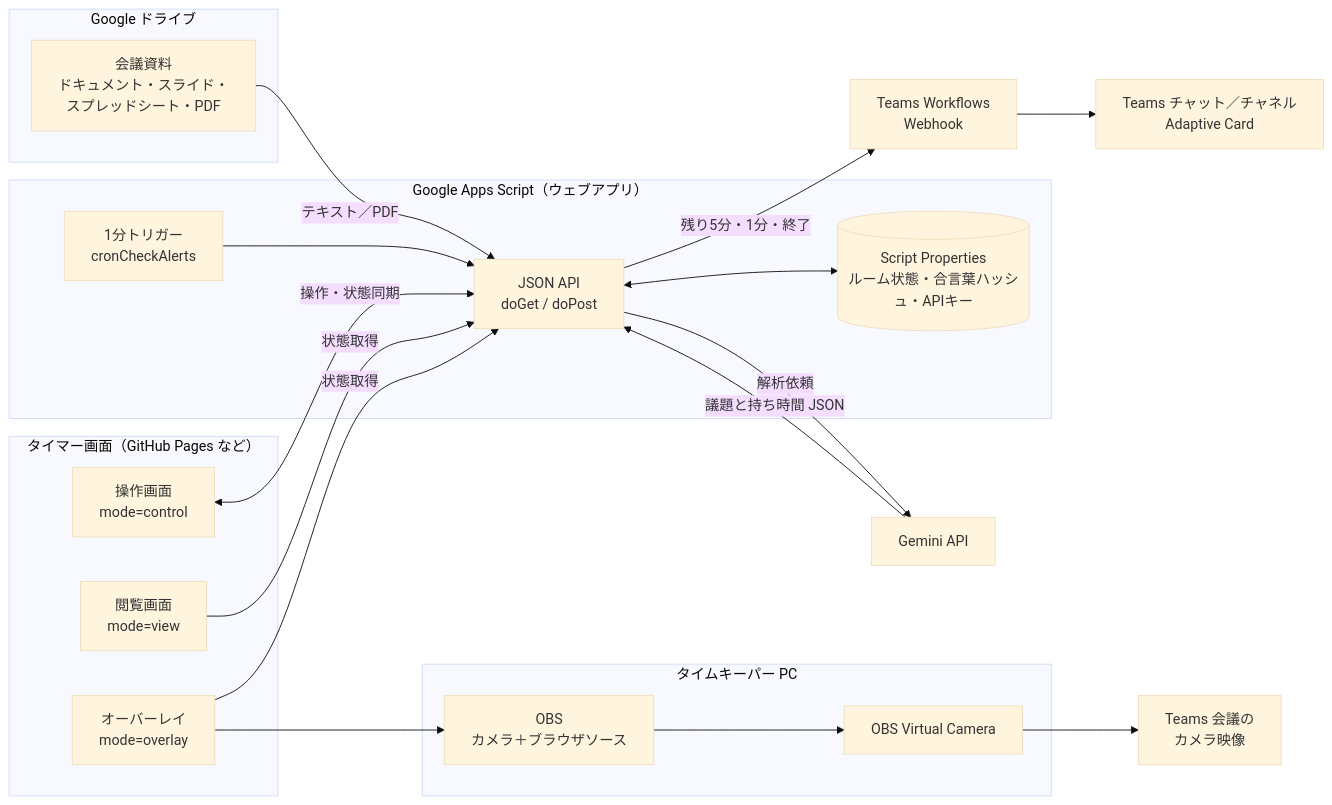
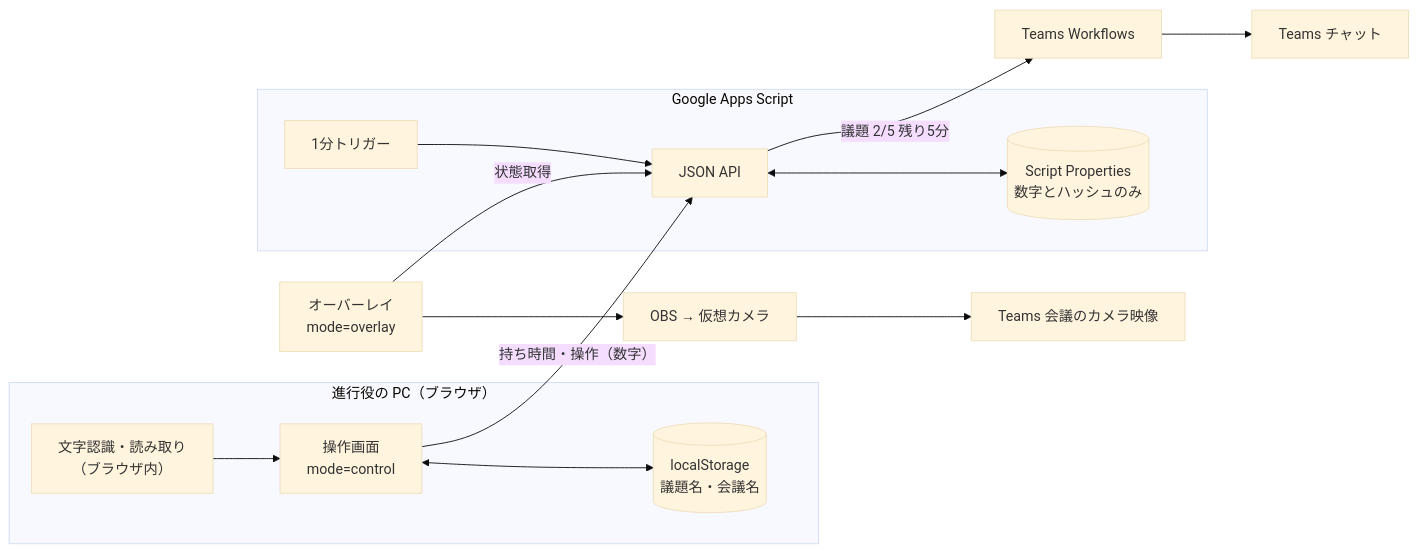
One commit to kenken6291/teams-meeting-timer changed the diagram in README.md. Above: the diagram before and after it, drawn with Mermaid (base theme). The commit also changed other lines of this file and 6 other files, not shown here.

````diff
--- a/README.md
+++ b/README.md
@@ -40,40 +41,27 @@
 ```mermaid
 flowchart LR
-  subgraph GD["Google ドライブ"]
-    DOC["会議資料<br/>ドキュメント・スライド・<br/>スプレッドシート・PDF"]
+  subgraph PC["進行役の PC（ブラウザ）"]
+    CTRL["操作画面<br/>mode=control"]
+    LS[("localStorage<br/>議題名・会議名")]
+    OCR["文字認識・読み取り<br/>（ブラウザ内）"]
   end
+  subgraph GAS["Google Apps Script"]
+    API["JSON API"]
+    PROP[("Script Properties<br/>数字とハッシュのみ")]
+    CRON["1分トリガー"]
+  end
+  WF["Teams Workflows"]
+  CH["Teams チャット"]
+  OVL["オーバーレイ<br/>mode=overlay"]
+  OBS["OBS → 仮想カメラ"]
+  MEET["Teams 会議のカメラ映像"]
 
-  subgraph GAS["Google Apps Script（ウェブアプリ）"]
-    API["JSON API<br/>doGet / doPost"]
-    PROP[("Script Properties<br/>ルーム状態・合言葉ハッシュ・APIキー")]
-    CRON["1分トリガー<br/>cronCheckAlerts"]
-  end
-
-  GEM["Gemini API"]
-  WF["Teams Workflows<br/>Webhook"]
-  CH["Teams チャット／チャネル<br/>Adaptive Card"]
-
-  subgraph WEB["タイマー画面（GitHub Pages など）"]
-    CTRL["操作画面<br/>mode=control"]
-    VIEW["閲覧画面<br/>mode=view"]
-    OVL["オーバーレイ<br/>mode=overlay"]
-  end
-
-  subgraph TK["タイムキーパー PC"]
-    OBS["OBS<br/>カメラ＋ブラウザソース"]
-    VCAM["OBS Virtual Camera"]
-  end
-
-  MEET["Teams 会議の<br/>カメラ映像"]
-
-  DOC -- "テキスト／PDF" --> API
-  API -- "解析依頼" --> GEM
-  GEM -- "議題と持ち時間 JSON" --> API
+  OCR --> CTRL
+  CTRL <--> LS
+  CTRL -- "持ち時間・操作（数字）" --> API
   API <--> PROP
   CRON --> API
-  API -- "残り5分・1分・終了" --> WF --> CH
-  CTRL <-- "操作・状態同期" --> API
-  VIEW -- "状態取得" --> API
+  API -- "議題 2/5 残り5分" --> WF --> CH
   OVL -- "状態取得" --> API
-  OVL --> OBS --> VCAM --> MEET
+  OVL --> OBS --> MEET
 ```
````
